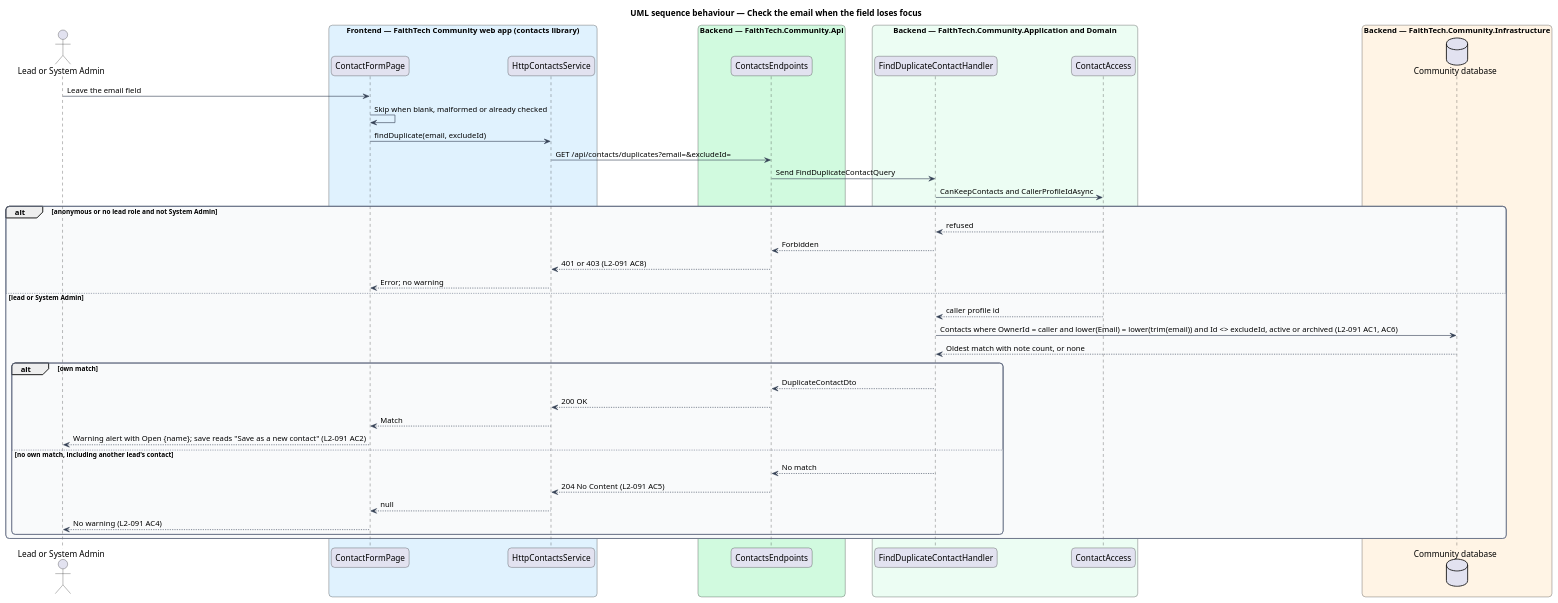
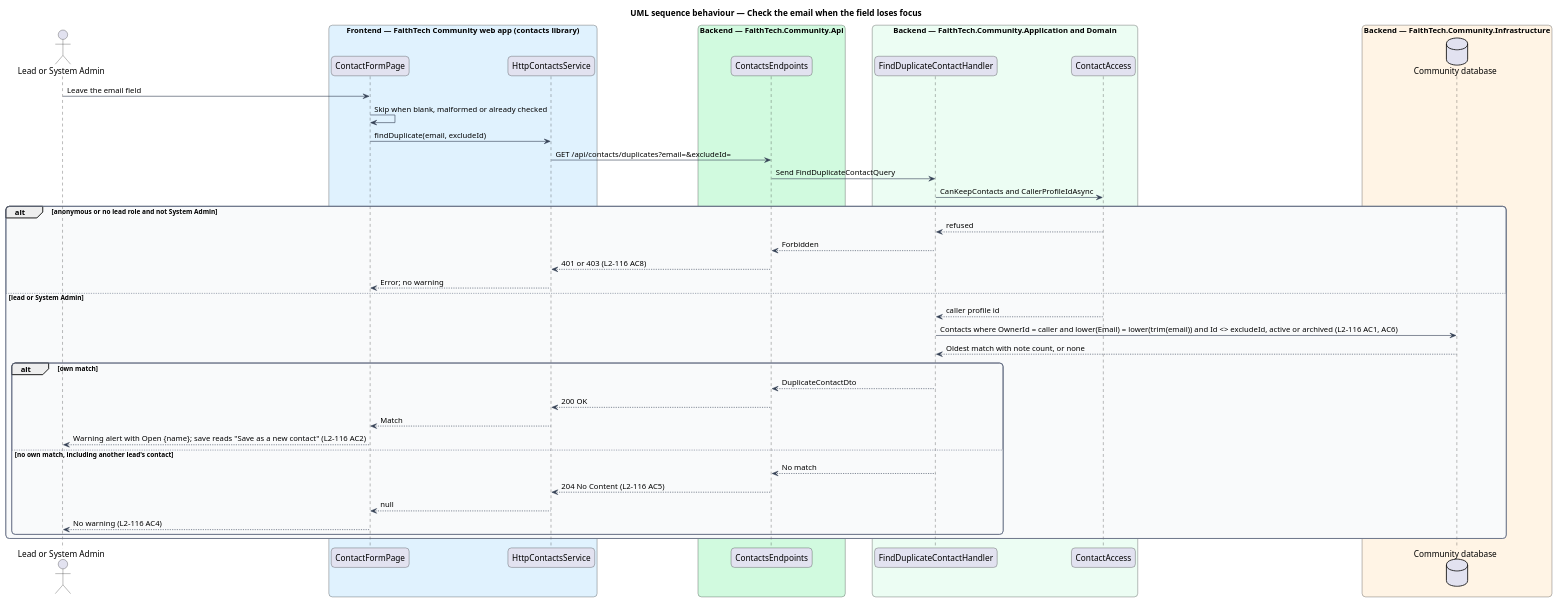
The diagram in docs/detailed-designs/contacts/possible-duplicate-contact/diagrams/sequence-check-on-blur.puml (QuinntyneBrown/faithtech-community), drawn with PlantUML before and after one commit. The commit also changed 243 other files, not shown here.

```diff
--- a/docs/detailed-designs/contacts/possible-duplicate-contact/diagrams/sequence-check-on-blur.puml
+++ b/docs/detailed-designs/contacts/possible-duplicate-contact/diagrams/sequence-check-on-blur.puml
@@ -1,60 +1,60 @@
 @startuml
 title UML sequence behaviour — Check the email when the field loses focus
 skinparam backgroundColor #FFFFFF
 skinparam shadowing false
 skinparam roundcorner 12
 skinparam defaultFontName Arial
 skinparam ArrowColor #344054
 skinparam rectangle {
   BorderColor #344054
   FontColor #101828
 }
 skinparam package {
   BorderColor #667085
   FontColor #101828
   BackgroundColor #F9FAFB
 }
 actor "Lead or System Admin" as actor
 box "Frontend — FaithTech Community web app (contacts library)" #E0F2FE
   participant "ContactFormPage" as page
   participant "HttpContactsService" as svc
 end box
 box "Backend — FaithTech.Community.Api" #D1FADF
   participant "ContactsEndpoints" as ep
 end box
 box "Backend — FaithTech.Community.Application and Domain" #ECFDF3
   participant "FindDuplicateContactHandler" as h
   participant "ContactAccess" as acc
 end box
 box "Backend — FaithTech.Community.Infrastructure" #FFF4E5
   database "Community database" as db
 end box
 
 actor -> page : Leave the email field
 page -> page : Skip when blank, malformed or already checked
 page -> svc : findDuplicate(email, excludeId)
 svc -> ep : GET /api/contacts/duplicates?email=&excludeId=
 ep -> h : Send FindDuplicateContactQuery
 h -> acc : CanKeepContacts and CallerProfileIdAsync
 alt anonymous or no lead role and not System Admin
   acc --> h : refused
   h --> ep : Forbidden
-  ep --> svc : 401 or 403 (L2-091 AC8)
+  ep --> svc : 401 or 403 (L2-116 AC8)
   svc --> page : Error; no warning
 else lead or System Admin
   acc --> h : caller profile id
-  h -> db : Contacts where OwnerId = caller and lower(Email) = lower(trim(email)) and Id <> excludeId, active or archived (L2-091 AC1, AC6)
+  h -> db : Contacts where OwnerId = caller and lower(Email) = lower(trim(email)) and Id <> excludeId, active or archived (L2-116 AC1, AC6)
   db --> h : Oldest match with note count, or none
   alt own match
     h --> ep : DuplicateContactDto
     ep --> svc : 200 OK
     svc --> page : Match
-    page --> actor : Warning alert with Open {name}; save reads "Save as a new contact" (L2-091 AC2)
+    page --> actor : Warning alert with Open {name}; save reads "Save as a new contact" (L2-116 AC2)
   else no own match, including another lead's contact
     h --> ep : No match
-    ep --> svc : 204 No Content (L2-091 AC5)
+    ep --> svc : 204 No Content (L2-116 AC5)
     svc --> page : null
-    page --> actor : No warning (L2-091 AC4)
+    page --> actor : No warning (L2-116 AC4)
   end
 end
 @enduml
```
